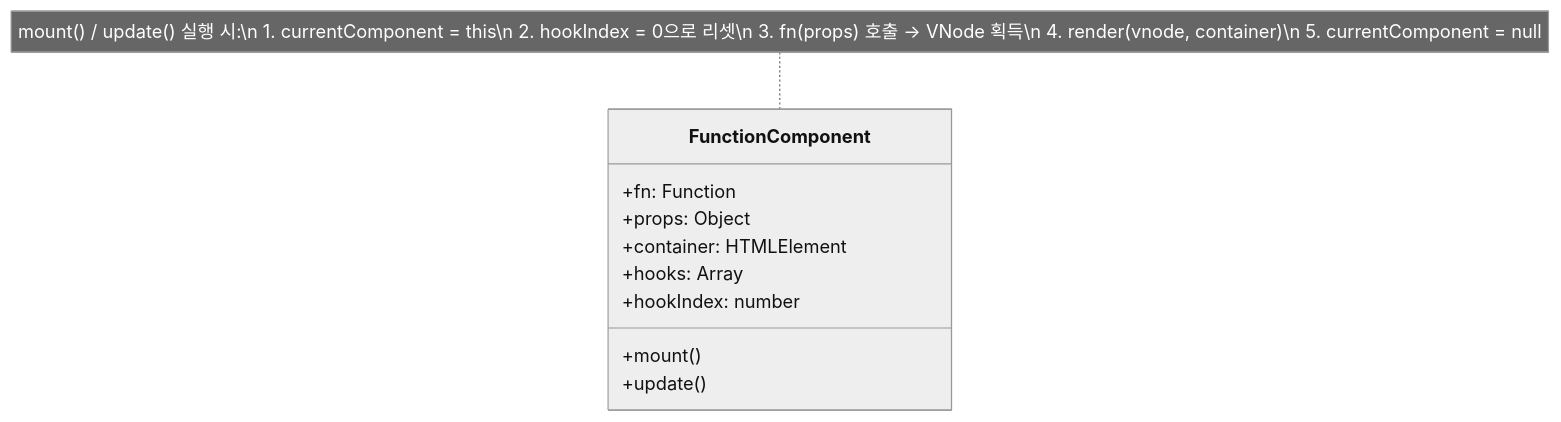
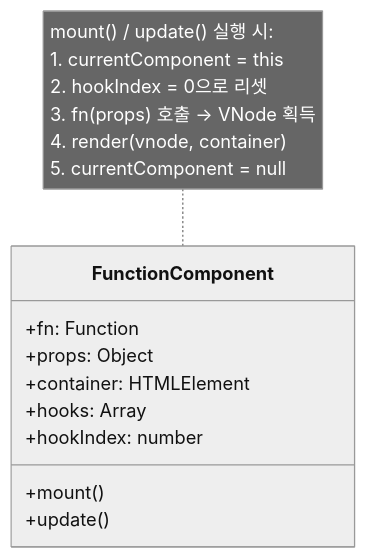
Before and after one commit to Jungle-12-303/week5.5_react: the second of 10 diagrams in README.md, drawn with Mermaid (neutral theme).

Commit message:
Fix formatting in FunctionComponent note for clarity

````diff
--- a/README.md
+++ b/README.md
@@ -78,14 +78,14 @@
 ```mermaid
 classDiagram
     class FunctionComponent {
         +fn: Function
         +props: Object
         +container: HTMLElement
         +hooks: Array
         +hookIndex: number
         +mount()
         +update()
     }
 
-    note for FunctionComponent "mount() / update() 실행 시:\n  1. currentComponent = this\n  2. hookIndex = 0으로 리셋\n  3. fn(props) 호출 → VNode 획득\n  4. render(vnode, container)\n  5. currentComponent = null"
+    note for FunctionComponent "mount() / update() 실행 시:<br>  1. currentComponent = this<br>  2. hookIndex = 0으로 리셋<br>  3. fn(props) 호출 → VNode 획득<br>  4. render(vnode, container)<br>  5. currentComponent = null"
 ```
````
